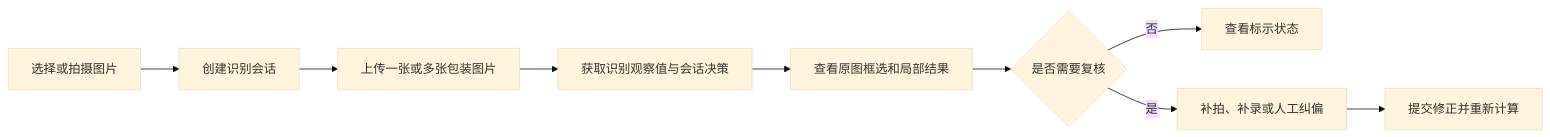
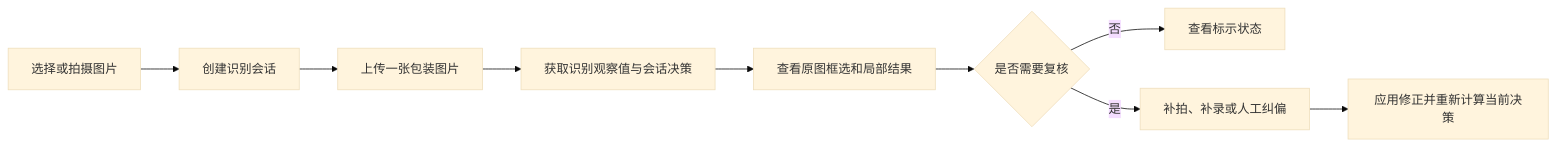
Before and after one commit to QingMouFoodDate/WebClient: the diagram in README.md, drawn with Mermaid (base theme). The commit also changed other lines of this file, not shown here.

````diff
--- a/README.md
+++ b/README.md
@@ -33,11 +39,11 @@
 ```mermaid
 flowchart LR
     A["选择或拍摄图片"] --> B["创建识别会话"]
-    B --> C["上传一张或多张包装图片"]
+    B --> C["上传一张包装图片"]
     C --> D["获取识别观察值与会话决策"]
     D --> E["查看原图框选和局部结果"]
     E --> F{"是否需要复核"}
     F -->|"否"| G["查看标示状态"]
     F -->|"是"| H["补拍、补录或人工纠偏"]
-    H --> I["提交修正并重新计算"]
+    H --> I["应用修正并重新计算当前决策"]
 ```
````
